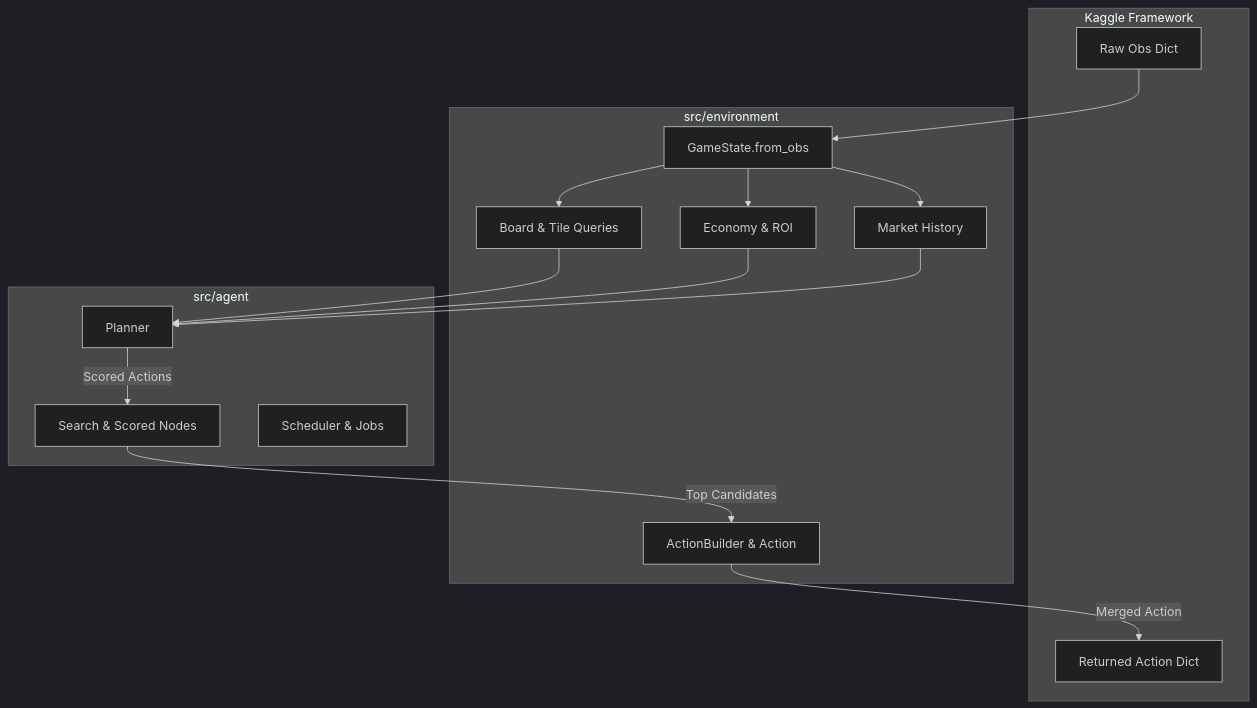
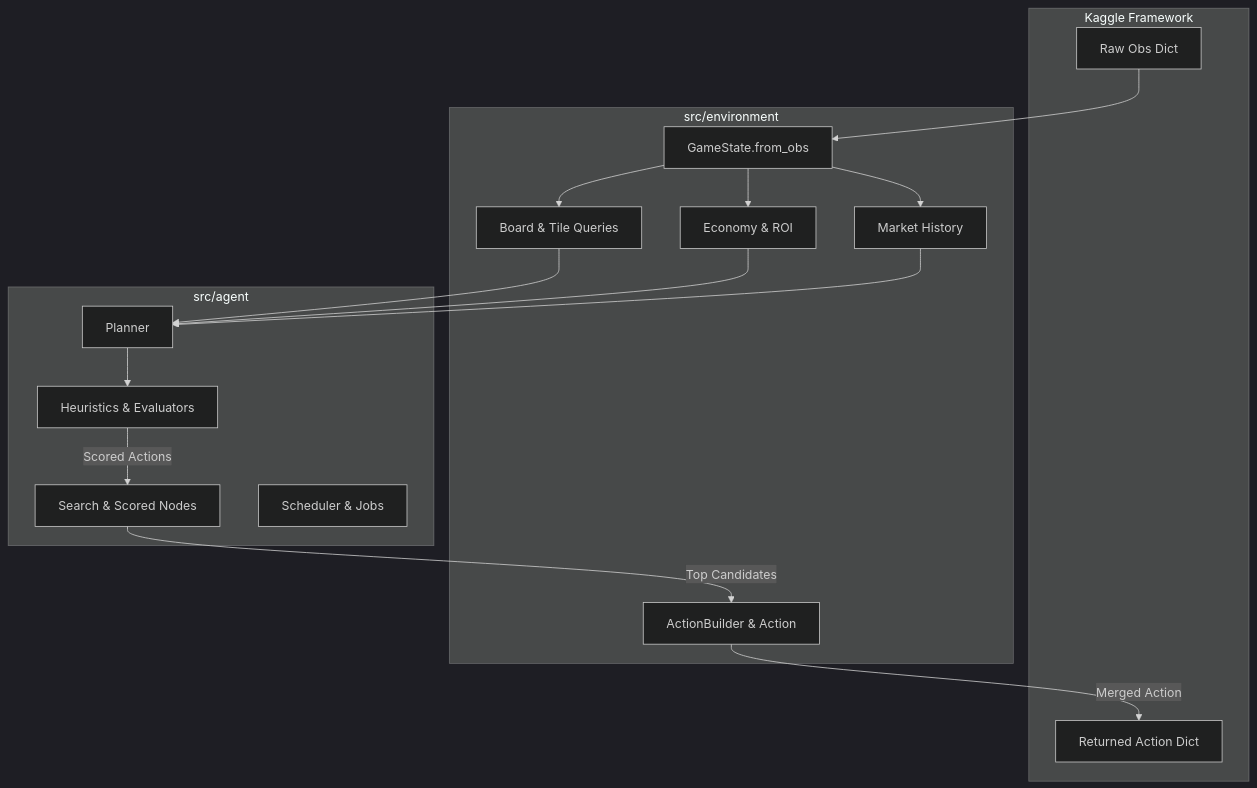
The diagram in docs/explanation/system-architecture.md (L1UK3/jeremy), drawn with Mermaid (dark theme) before and after one commit. The commit also changed other lines of this file and 12 other files, not shown here.

Commit message:
added a heuristics directory to avoid planner becoming massive and unreadable updated all docs to reflect these changes

````diff
--- a/docs/explanation/system-architecture.md
+++ b/docs/explanation/system-architecture.md
@@ -20,31 +20,33 @@
 ```mermaid
 graph TB
     subgraph Kaggle Framework
         OBS[Raw Obs Dict]
         ACT[Returned Action Dict]
     end
 
     subgraph Environment Layer [src/environment]
         GS[GameState.from_obs]
         BOARD[Board & Tile Queries]
         ECO[Economy & ROI]
         MKT[Market History]
         AB[ActionBuilder & Action]
     end
 
     subgraph Agent Layer [src/agent]
         PLANNER[Planner]
+        HEURISTICS[Heuristics & Evaluators]
         SEARCH[Search & Scored Nodes]
         SCHED[Scheduler & Jobs]
     end
 
     OBS --> GS
     GS --> BOARD
     GS --> ECO
     GS --> MKT
 
     BOARD & ECO & MKT --> PLANNER
-    PLANNER -->|Scored Actions| SEARCH
+    PLANNER --> HEURISTICS
+    HEURISTICS -->|Scored Actions| SEARCH
     SEARCH -->|Top Candidates| AB
     AB -->|Merged Action| ACT
 ```
````
